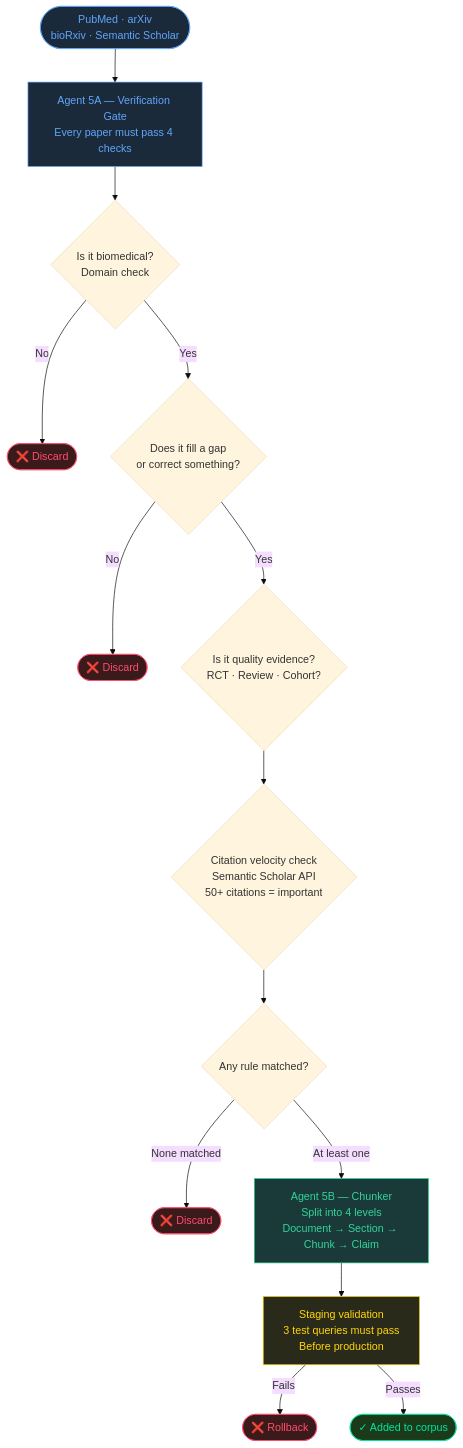
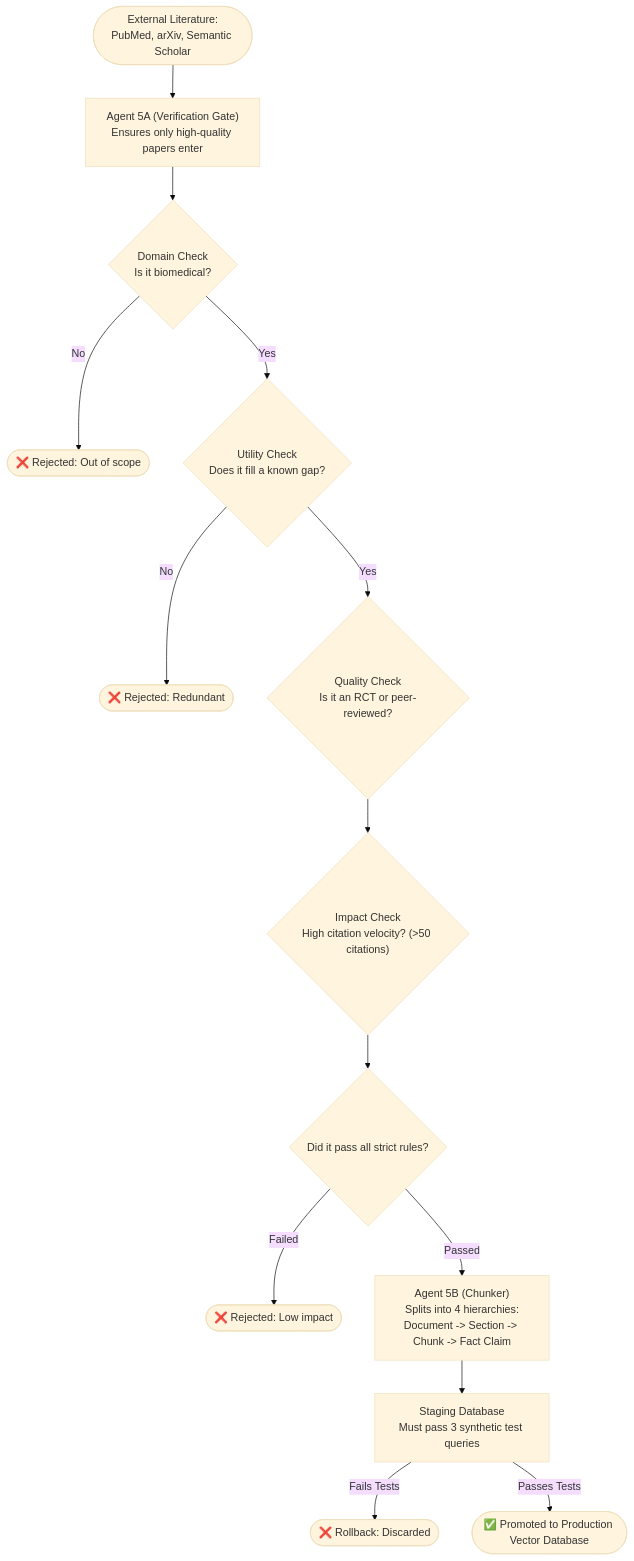
Before and after one commit to pavan939111/SelfLearning_Rag: the seventh of 8 diagrams in README.md, drawn with Mermaid (base theme). The commit also changed other lines of this file and 1 other file, not shown here.

Commit message:
docs: redesign mermaid diagrams for better colors and missing information

````diff
--- a/README.md
+++ b/README.md
@@ -247,39 +202,28 @@
 ```mermaid
 flowchart TD
-    SOURCES(["PubMed · arXiv\nbioRxiv · Semantic Scholar"])
-    SOURCES --> GATE
+    SOURCES(["External Literature:\nPubMed, arXiv, Semantic Scholar"]) --> GATE
 
-    GATE["Agent 5A — Verification Gate\nEvery paper must pass 4 checks"]
+    GATE["Agent 5A (Verification Gate)\nEnsures only high-quality papers enter"]
 
-    GATE --> R1{"Is it biomedical?\nDomain check"}
-    R1 -->|No| DISCARD1(["❌ Discard"])
-    R1 -->|Yes| R2
+    GATE --> R1{"Domain Check\nIs it biomedical?"}
+    R1 -->|"No"| DISCARD1(["❌ Rejected: Out of scope"])
+    R1 -->|"Yes"| R2
 
-    R2{"Does it fill a gap\nor correct something?"}
-    R2 -->|No| DISCARD2(["❌ Discard"])
-    R2 -->|Yes| R3
+    R2{"Utility Check\nDoes it fill a known gap?"}
+    R2 -->|"No"| DISCARD2(["❌ Rejected: Redundant"])
+    R2 -->|"Yes"| R3
 
-    R3{"Is it quality evidence?\nRCT · Review · Cohort?"}
+    R3{"Quality Check\nIs it an RCT or peer-reviewed?"}
     R3 --> R4
 
-    R4{"Citation velocity check\nSemantic Scholar API\n50+ citations = important"}
+    R4{"Impact Check\nHigh citation velocity? (>50 citations)"}
 
-    R4 --> RULE{"Any rule matched?"}
-    RULE -->|None matched| DISCARD3(["❌ Discard"])
-    RULE -->|At least one| CHUNK
+    R4 --> RULE{"Did it pass all strict rules?"}
+    RULE -->|"Failed"| DISCARD3(["❌ Rejected: Low impact"])
+    RULE -->|"Passed"| CHUNK
 
-    CHUNK["Agent 5B — Chunker\nSplit into 4 levels\nDocument → Section → Chunk → Claim"]
-    CHUNK --> STAGE["Staging validation\n3 test queries must pass\nBefore production"]
-    STAGE -->|Fails| ROLLBACK(["❌ Rollback"])
-    STAGE -->|Passes| LIVE(["✓ Added to corpus"])
-
-    style SOURCES fill:#1a2a3a,stroke:#60a5fa,color:#60a5fa
-    style GATE fill:#1a2a3a,stroke:#60a5fa,color:#60a5fa
-    style DISCARD1 fill:#3a1a1a,stroke:#ff4d6d,color:#ff4d6d
-    style DISCARD2 fill:#3a1a1a,stroke:#ff4d6d,color:#ff4d6d
-    style DISCARD3 fill:#3a1a1a,stroke:#ff4d6d,color:#ff4d6d
-    style ROLLBACK fill:#3a1a1a,stroke:#ff4d6d,color:#ff4d6d
-    style CHUNK fill:#1a3a3a,stroke:#34d399,color:#34d399
-    style STAGE fill:#2a2a1a,stroke:#ffd60a,color:#ffd60a
-    style LIVE fill:#1a3a1a,stroke:#00e5a0,color:#00e5a0
+    CHUNK["Agent 5B (Chunker)\nSplits into 4 hierarchies:\nDocument -> Section -> Chunk -> Fact Claim"]
+    CHUNK --> STAGE["Staging Database\nMust pass 3 synthetic test queries"]
+    STAGE -->|"Fails Tests"| ROLLBACK(["❌ Rollback: Discarded"])
+    STAGE -->|"Passes Tests"| LIVE(["✅ Promoted to Production Vector Database"])
 ```
````
